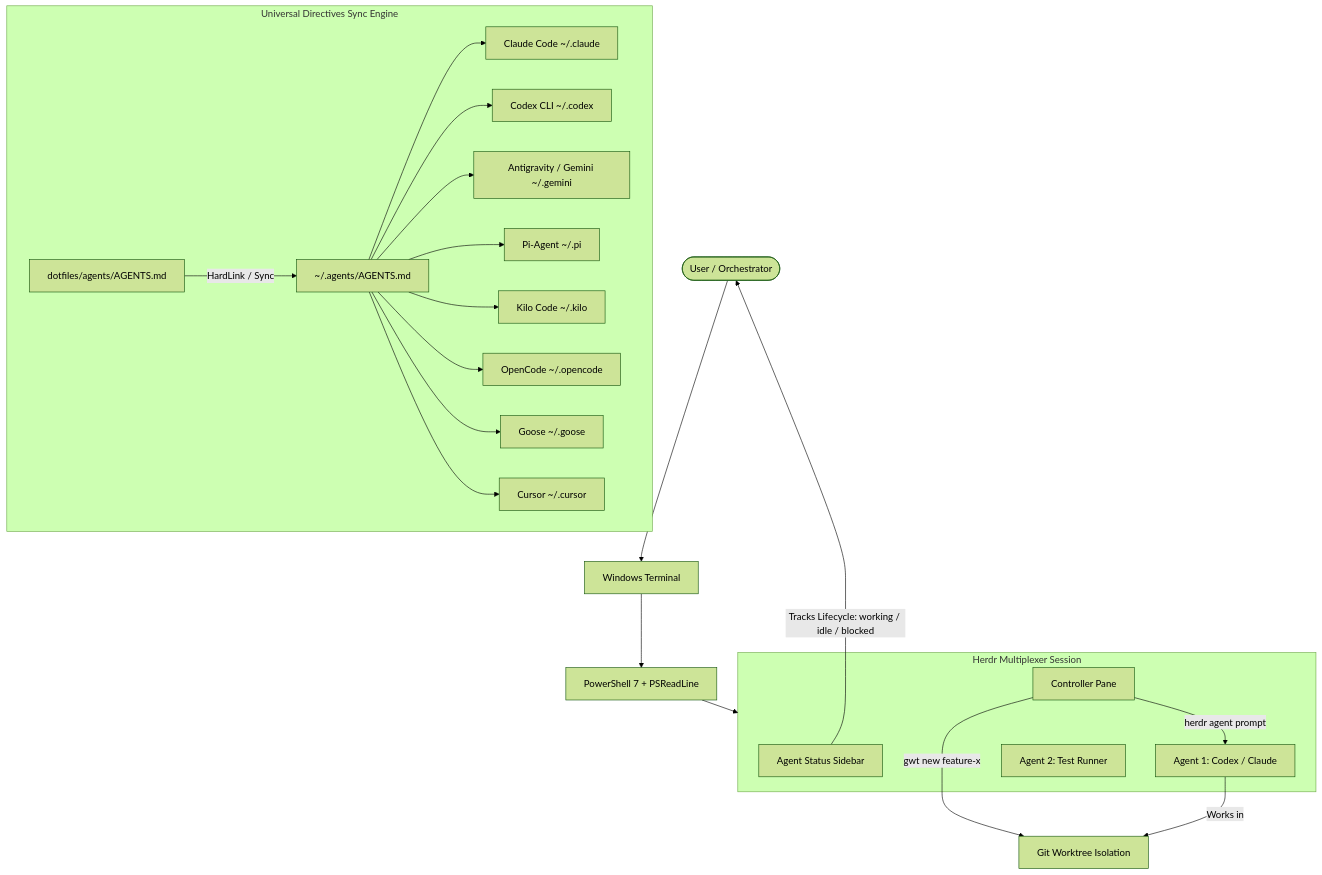
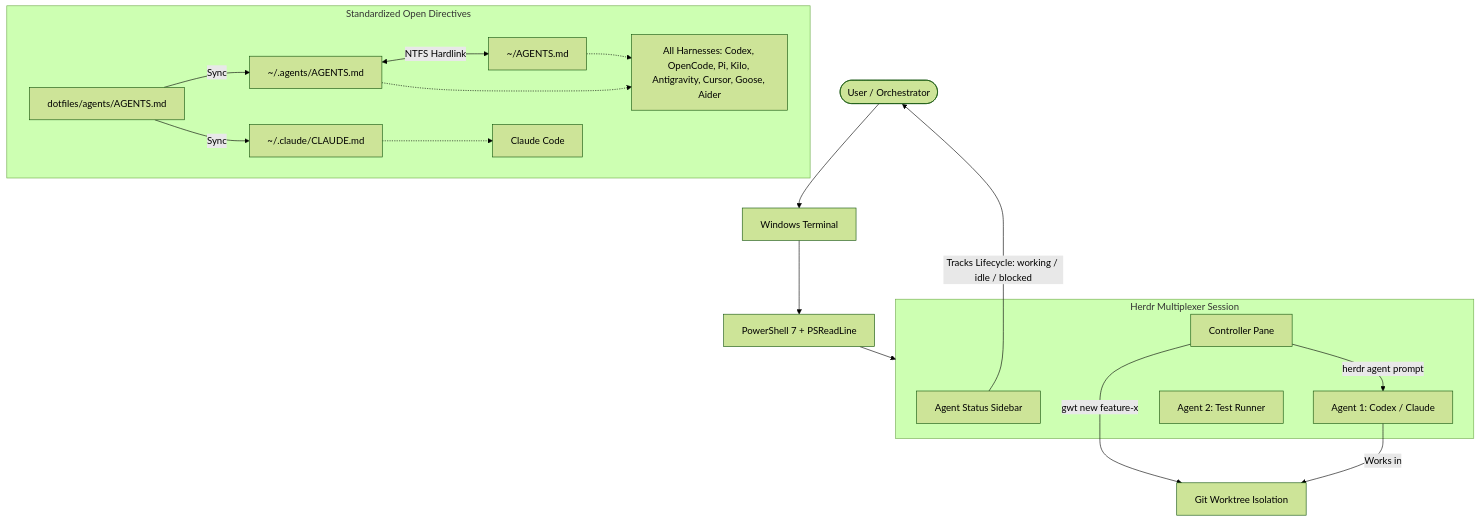
The diagram in README.md (izanorshahril/dotfiles), drawn with Mermaid (forest theme) before and after one commit. The commit also changed other lines of this file and 1 other file, not shown here.

Commit message:
refactor(agents): adopt minimalist AAIF standard topology, purge redundant dot-folders

````diff
--- a/README.md
+++ b/README.md
@@ -45,32 +45,32 @@
 ```mermaid
 flowchart TD
     User([User / Orchestrator]) --> WT[Windows Terminal]
     WT --> Profile[PowerShell 7 + PSReadLine]
     Profile --> HM[Herdr Multiplexer]
     
-    subgraph Directives [Universal Directives Sync Engine]
+    subgraph Directives [Standardized Open Directives]
         DotAgents[dotfiles/agents/AGENTS.md]
         CanonAgents[~/.agents/AGENTS.md]
-        DotAgents -->|HardLink / Sync| CanonAgents
-        CanonAgents --> Claude[Claude Code ~/.claude]
-        CanonAgents --> Codex[Codex CLI ~/.codex]
-        CanonAgents --> Gemini[Antigravity / Gemini ~/.gemini]
-        CanonAgents --> Pi[Pi-Agent ~/.pi]
-        CanonAgents --> Kilo[Kilo Code ~/.kilo]
-        CanonAgents --> OpenCode[OpenCode ~/.opencode]
-        CanonAgents --> Goose[Goose ~/.goose]
-        CanonAgents --> Cursor[Cursor ~/.cursor]
+        HomeAgents[~/AGENTS.md]
+        ClaudeMD[~/.claude/CLAUDE.md]
+        
+        DotAgents -->|Sync| CanonAgents
+        CanonAgents <-->|NTFS Hardlink| HomeAgents
+        DotAgents -->|Sync| ClaudeMD
+        
+        CanonAgents & HomeAgents -.-> AllHarnesses[All Harnesses: Codex, OpenCode, Pi, Kilo, Antigravity, Cursor, Goose, Aider]
+        ClaudeMD -.-> ClaudeCode[Claude Code]
     end
 
     subgraph HM [Herdr Multiplexer Session]
         Side[Agent Status Sidebar]
         Pane1[Controller Pane]
         Pane2[Agent 1: Codex / Claude]
         Pane3[Agent 2: Test Runner]
     end
 
     Pane1 -->|gwt new feature-x| WTTree[Git Worktree Isolation]
     Pane2 -->|Works in| WTTree
     Pane1 -->|herdr agent prompt| Pane2
     Side -->|Tracks Lifecycle: working / idle / blocked| User
 ```
````
